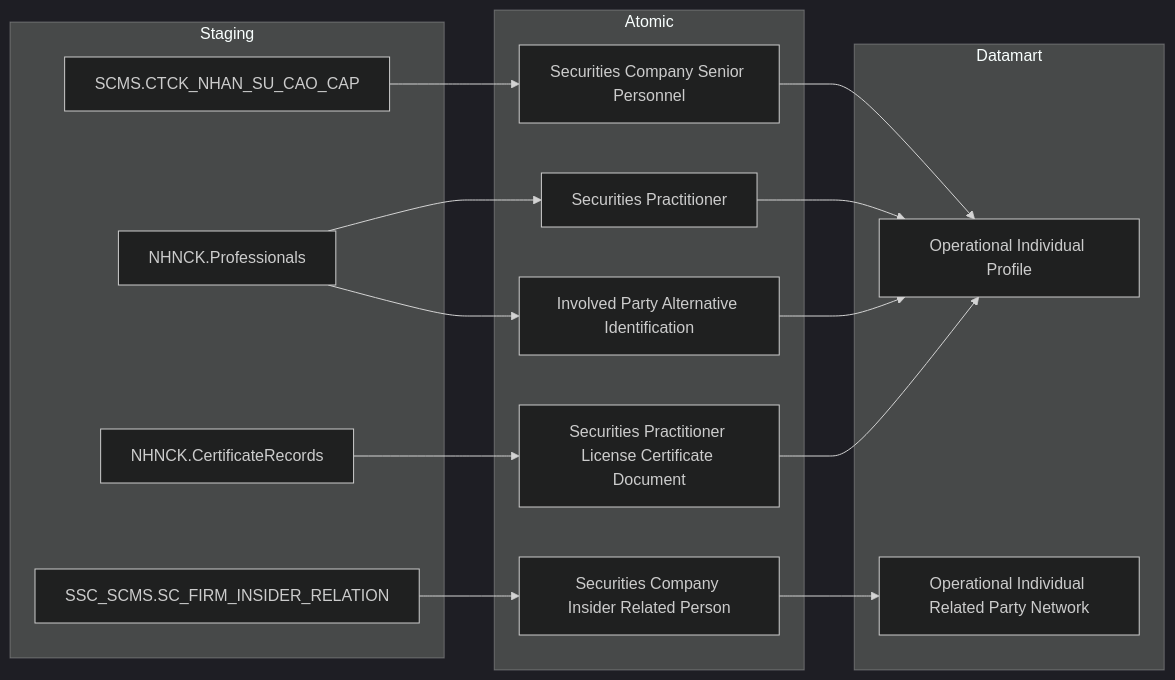
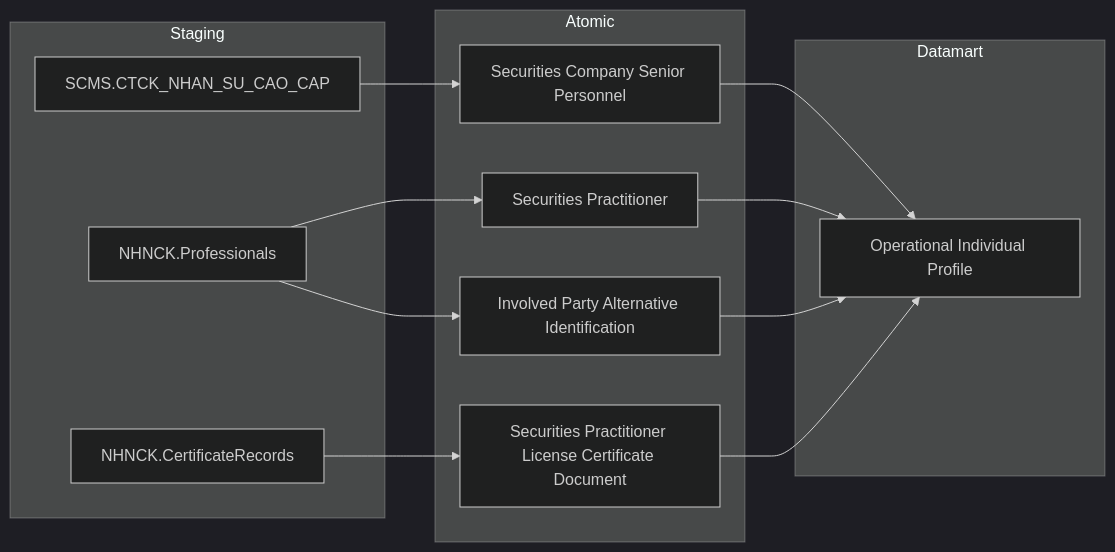
One commit to linhlvit/ubck_atomic_design changed diagram 15 of 38 in Datamart/hld/DTM_QLKD_HLD.md. Above: the diagram before and after it, drawn with Mermaid (dark theme). The commit also changed other lines of this file and 13 other files, not shown here.

````diff
--- a/Datamart/hld/DTM_QLKD_HLD.md
+++ b/Datamart/hld/DTM_QLKD_HLD.md
@@ -546,34 +552,28 @@
 ```mermaid
 flowchart LR
     subgraph SRC["Staging"]
         S1["SCMS.CTCK_NHAN_SU_CAO_CAP"]
         S3["NHNCK.Professionals"]
         S5["NHNCK.CertificateRecords"]
-        S6["SSC_SCMS.SC_FIRM_INSIDER_RELATION"]
     end
 
     subgraph SIL["Atomic"]
         SV1["Securities Company Senior Personnel"]
         SV3["Securities Practitioner"]
         SV5["Involved Party Alternative Identification"]
         SV6["Securities Practitioner License Certificate Document"]
-        SV7["Securities Company Insider Related Person"]
     end
 
-    subgraph Datamart["Datamart"]
+    subgraph GOLD["Datamart"]
         G1["Operational Individual Profile"]
-        G2["Operational Individual Related Party Network"]
     end
 
     S1 --> SV1
     S3 --> SV3
     S3 --> SV5
     S5 --> SV6
-    S6 --> SV7
-
     SV1 --> G1
     SV3 --> G1
     SV5 --> G1
     SV6 --> G1
-    SV7 --> G2
 ```
````
